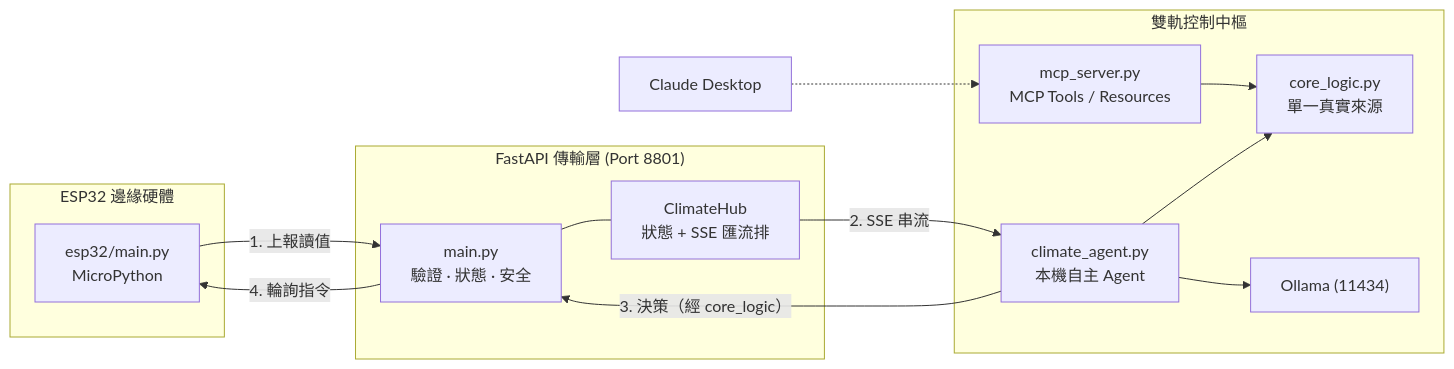
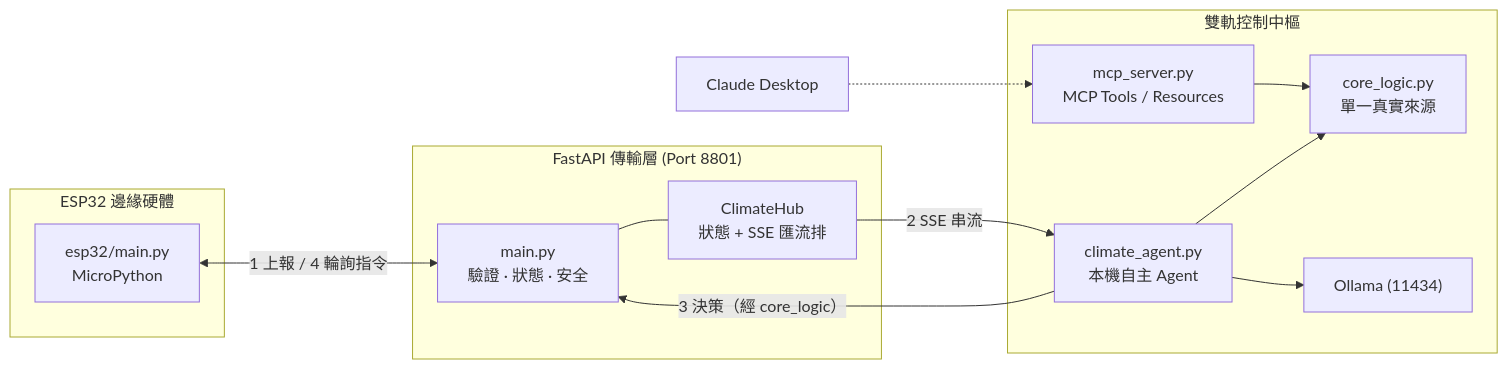
One commit to laura-chou/esp32-mcp-climate-control changed the diagram in README.md. Above: the diagram before and after it, drawn with Mermaid.

Commit message:
docs: lay the diagram out left-to-right from ESP32
Combine the report (1) and poll (4) edges into a single bidirectional
FW <--> API edge. The previous two opposite edges formed a 2-cycle that
dagre resolved by mirroring the graph, pushing ESP32 to the far right.
With one bidirectional edge the layers render left-to-right as
ESP32 -> FastAPI 傳輸層 -> 雙軌控制中樞, as intended.

````diff
--- a/README.md
+++ b/README.md
@@ -10,28 +10,27 @@
 ```mermaid
 flowchart LR
     subgraph EDGE["ESP32 邊緣硬體"]
         FW["esp32/main.py<br/>MicroPython"]
     end
 
     subgraph TRANSPORT["FastAPI 傳輸層 (Port 8801)"]
         API["main.py<br/>驗證 · 狀態 · 安全"]
         HUB["ClimateHub<br/>狀態 + SSE 匯流排"]
         API --- HUB
     end
 
     subgraph CONTROL["雙軌控制中樞"]
         MCP["mcp_server.py<br/>MCP Tools / Resources"]
         AGENT["climate_agent.py<br/>本機自主 Agent"]
         CORE["core_logic.py<br/>單一真實來源"]
         OLLAMA["Ollama (11434)"]
         MCP --> CORE
         AGENT --> CORE
         AGENT --> OLLAMA
     end
 
-    FW -->|"1. 上報讀值"| API
-    HUB -->|"2. SSE 串流"| AGENT
-    AGENT -->|"3. 決策（經 core_logic）"| API
-    API -->|"4. 輪詢指令"| FW
+    FW <-->|"1 上報 / 4 輪詢指令"| API
+    HUB -->|"2 SSE 串流"| AGENT
+    AGENT -->|"3 決策（經 core_logic）"| API
     CLAUDE["Claude Desktop"] -.-> MCP
 ```
````
